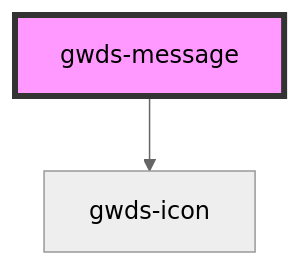
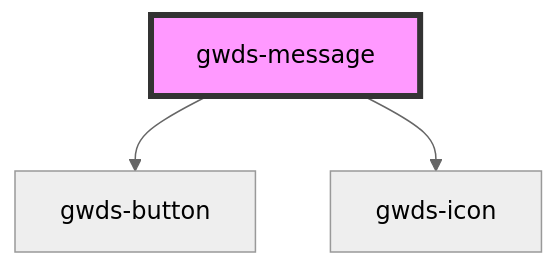
Before and after one commit to bsastregx/gwds-stenciljs: the diagram in src/components/gwds-message/readme.md, drawn with Mermaid (neutral theme). The commit also changed other lines of this file and 20 other files, not shown here.

````diff
--- a/src/components/gwds-message/readme.md
+++ b/src/components/gwds-message/readme.md
@@ -29,5 +33,6 @@
 ```mermaid
 graph TD;
+  gwds-message --> gwds-button
   gwds-message --> gwds-icon
   style gwds-message fill:#f9f,stroke:#333,stroke-width:4px
 ```
````
